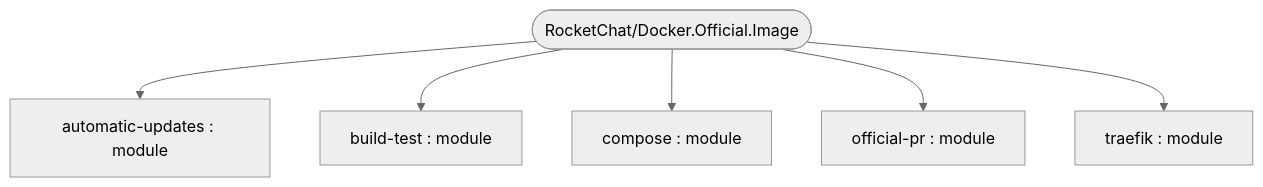
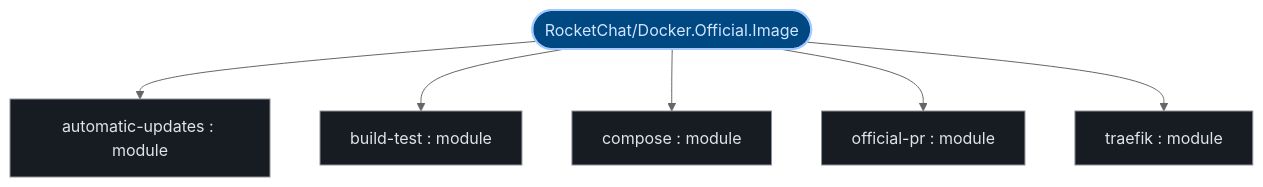
One commit to kumarshaz/atruss-code-atlas changed the first of 3 diagrams in exports/latest/reports/RocketChat-Docker.Official.Image-report.md. Above: the diagram before and after it, drawn with Mermaid (neutral theme). The commit also changed other lines of this file and 331 other files, not shown here.

Commit message:
docs,ui,fix: update SDLC docs, reorder CI/CD DAG first, stylize Mermaid, and fix Arc42 pipeline topology

````diff
--- a/exports/latest/reports/RocketChat-Docker.Official.Image-report.md
+++ b/exports/latest/reports/RocketChat-Docker.Official.Image-report.md
@@ -41,14 +41,21 @@
 ```mermaid
 graph TD;
-    compose["compose : module"]
-    traefik["traefik : module"]
-    automatic_updates["automatic-updates : module"]
-    build_test["build-test : module"]
-    official_pr["official-pr : module"]
-    repo_root(["RocketChat/Docker.Official.Image"])
+  classDef atlasRoot fill:#004882,stroke:#a3c9ff,stroke-width:2px,color:#d3e4ff
+  classDef atlasCategory fill:#212428,stroke:#E87A48,stroke-width:1.5px,color:#dfe3eb
+  classDef atlasWorkflow fill:#1b2026,stroke:#a3c9ff,stroke-width:1.5px,color:#dfe3eb
+  classDef atlasJob fill:#171c22,stroke:#8d9199,stroke-width:1px,color:#dfe3eb
+  classDef atlasTarget fill:#005227,stroke:#8bd99b,stroke-width:1.5px,color:#a7f6b6
+  classDef atlasAlert fill:#93000a,stroke:#ffb4ab,stroke-width:1.5px,color:#ffdad6
+  classDef atlasMore fill:#252a31,stroke:#8d9199,stroke-dasharray:4 4,color:#c3c6cf
+    compose["compose : module"]:::atlasJob
+    traefik["traefik : module"]:::atlasJob
+    automatic_updates["automatic-updates : module"]:::atlasJob
+    build_test["build-test : module"]:::atlasJob
+    official_pr["official-pr : module"]:::atlasJob
+    repo_root(["RocketChat/Docker.Official.Image"]):::atlasRoot
     repo_root --> automatic_updates
     repo_root --> build_test
     repo_root --> compose
     repo_root --> official_pr
     repo_root --> traefik
 ```
````
